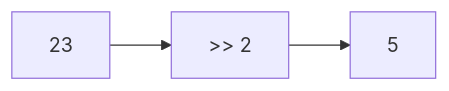
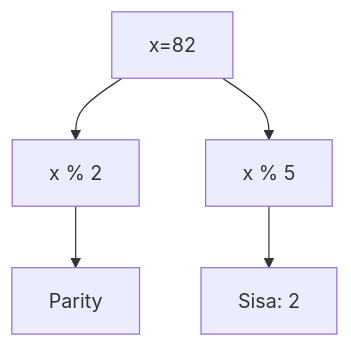
Before and after one commit to amnahwaida/OSNK_INF_PREP: diagram 15 of 25 in part-c-pemahaman-cpp/06-bitwise/latihan/set-06.md, drawn with Mermaid. The commit also changed other lines of this file and 71 other files, not shown here.

````diff
--- a/part-c-pemahaman-cpp/06-bitwise/latihan/set-06.md
+++ b/part-c-pemahaman-cpp/06-bitwise/latihan/set-06.md
@@ -373,5 +447,7 @@
 ```mermaid
-graph LR
-    A[23] --> B[">> 2"]
-    B --> C[5]
+graph TD
+A[x=82] --> B[x % 2]
+B --> C[Parity]
+A --> D[x % 5]
+D --> E[Sisa: 2]
 ```
````
